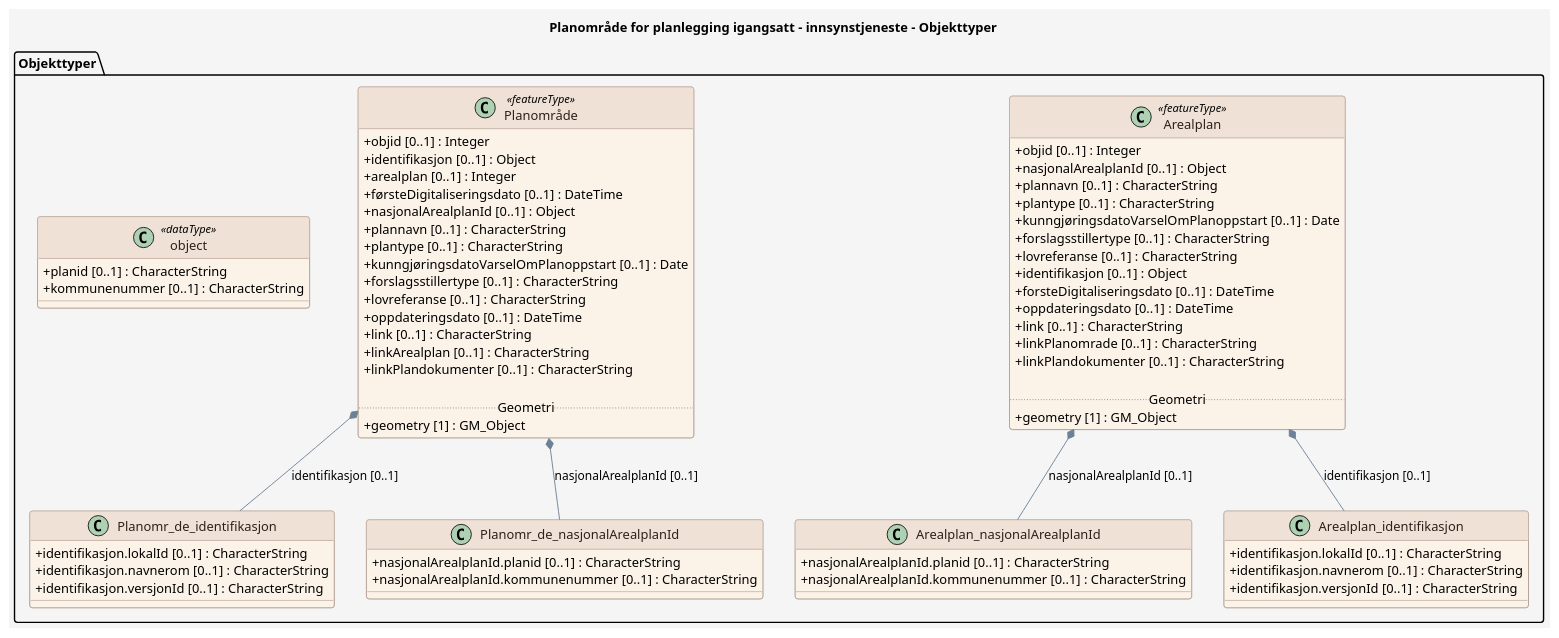
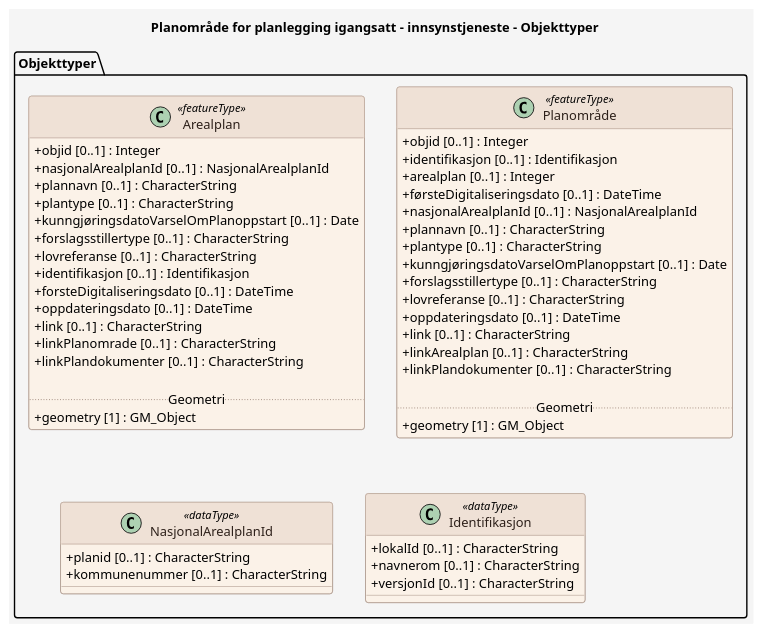
The diagram in produktspesifikasjon/planleggingigangsatt/innsynstjeneste/innsynstjeneste_feature_catalogue.puml (Arkitektum/produktspesifikasjon_plandata), drawn with PlantUML before and after one commit. The commit also changed 5 other files, not shown here.

```diff
--- a/produktspesifikasjon/planleggingigangsatt/innsynstjeneste/innsynstjeneste_feature_catalogue.puml
+++ b/produktspesifikasjon/planleggingigangsatt/innsynstjeneste/innsynstjeneste_feature_catalogue.puml
@@ -1,100 +1,78 @@
 @startuml
 title Planområde for planlegging igangsatt - innsynstjeneste - Objekttyper
 
 skinparam backgroundColor #F5F5F5
 skinparam shadowing false
 skinparam RoundCorner 6
 skinparam ArrowColor #6C8198
 skinparam class {
   BackgroundColor #FBF2E8
   BorderColor #9C8578
   FontColor #2D201A
   HeaderBackgroundColor #EFE1D6
   HeaderFontColor #2D201A
   AttributeIconSize 0
 }
 skinparam note {
   BackgroundColor #FFFFFF
   BorderColor #6C8198
   FontColor #2D201A
 }
 skinparam stereotypeCBackgroundColor #EAD9CE
 skinparam stereotypeCBorderColor #9C8578
 skinparam stereotypeCFontColor #2D201A
 
 package "Objekttyper" {
 
   class Arealplan <<featureType>> {
     + objid [0..1] : Integer
-    + nasjonalArealplanId [0..1] : Object
+    + nasjonalArealplanId [0..1] : NasjonalArealplanId
     + plannavn [0..1] : CharacterString
     + plantype [0..1] : CharacterString
     + kunngjøringsdatoVarselOmPlanoppstart [0..1] : Date
     + forslagsstillertype [0..1] : CharacterString
     + lovreferanse [0..1] : CharacterString
-    + identifikasjon [0..1] : Object
+    + identifikasjon [0..1] : Identifikasjon
     + forsteDigitaliseringsdato [0..1] : DateTime
     + oppdateringsdato [0..1] : DateTime
     + link [0..1] : CharacterString
     + linkPlanomrade [0..1] : CharacterString
     + linkPlandokumenter [0..1] : CharacterString
 
     ..Geometri..
     + geometry [1] : GM_Object
   }
 
-  Arealplan *-- Arealplan_nasjonalArealplanId : nasjonalArealplanId [0..1]
-  Arealplan *-- Arealplan_identifikasjon : identifikasjon [0..1]
-
-  class Arealplan_nasjonalArealplanId {
-    + nasjonalArealplanId.planid [0..1] : CharacterString
-    + nasjonalArealplanId.kommunenummer [0..1] : CharacterString
-  }
-
-  class Arealplan_identifikasjon {
-    + identifikasjon.lokalId [0..1] : CharacterString
-    + identifikasjon.navnerom [0..1] : CharacterString
-    + identifikasjon.versjonId [0..1] : CharacterString
-  }
-
   class "Planområde" as Planomr_de <<featureType>> {
     + objid [0..1] : Integer
-    + identifikasjon [0..1] : Object
+    + identifikasjon [0..1] : Identifikasjon
     + arealplan [0..1] : Integer
     + førsteDigitaliseringsdato [0..1] : DateTime
-    + nasjonalArealplanId [0..1] : Object
+    + nasjonalArealplanId [0..1] : NasjonalArealplanId
     + plannavn [0..1] : CharacterString
     + plantype [0..1] : CharacterString
     + kunngjøringsdatoVarselOmPlanoppstart [0..1] : Date
     + forslagsstillertype [0..1] : CharacterString
     + lovreferanse [0..1] : CharacterString
     + oppdateringsdato [0..1] : DateTime
     + link [0..1] : CharacterString
     + linkArealplan [0..1] : CharacterString
     + linkPlandokumenter [0..1] : CharacterString
 
     ..Geometri..
     + geometry [1] : GM_Object
   }
 
-  Planomr_de *-- Planomr_de_identifikasjon : identifikasjon [0..1]
-  Planomr_de *-- Planomr_de_nasjonalArealplanId : nasjonalArealplanId [0..1]
-
-  class Planomr_de_identifikasjon {
-    + identifikasjon.lokalId [0..1] : CharacterString
-    + identifikasjon.navnerom [0..1] : CharacterString
-    + identifikasjon.versjonId [0..1] : CharacterString
+  class NasjonalArealplanId <<dataType>> {
+    + planid [0..1] : CharacterString
+    + kommunenummer [0..1] : CharacterString
   }
 
-  class Planomr_de_nasjonalArealplanId {
-    + nasjonalArealplanId.planid [0..1] : CharacterString
-    + nasjonalArealplanId.kommunenummer [0..1] : CharacterString
-  }
-
-  class object <<dataType>> {
-    + planid [0..1] : CharacterString
-    + kommunenummer [0..1] : CharacterString
+  class Identifikasjon <<dataType>> {
+    + lokalId [0..1] : CharacterString
+    + navnerom [0..1] : CharacterString
+    + versjonId [0..1] : CharacterString
   }
 }
 
 @enduml
```
